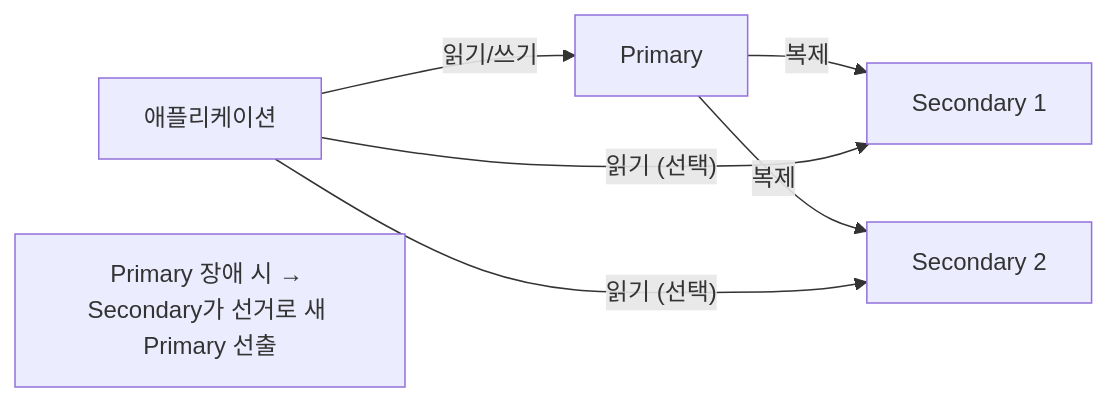
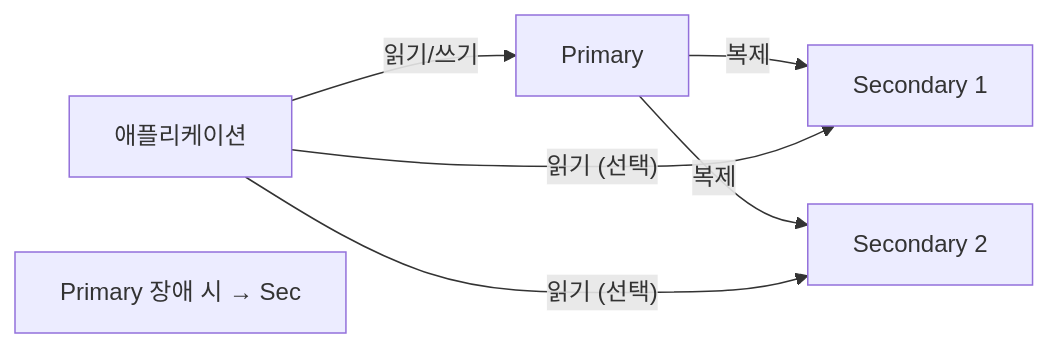
The fifth of 7 diagrams in _posts/nosql/2026-05-02-mongodb-deep.md (yjkim2015/yjkim2015.github.io), drawn with Mermaid before and after one commit. The commit also changed other lines of this file and 271 other files, not shown here.

First line of the commit message:
Mermaid 라벨 축소: 긴 노드 텍스트 18자 이하로 트림 + \n 제거

````diff
--- a/_posts/nosql/2026-05-02-mongodb-deep.md
+++ b/_posts/nosql/2026-05-02-mongodb-deep.md
@@ -273,9 +273,9 @@
 ```mermaid
 graph LR
     Client["애플리케이션"] -->|"읽기/쓰기"| P["Primary"]
     P -->|"복제"| S1["Secondary 1"]
     P -->|"복제"| S2["Secondary 2"]
     Client -->|"읽기 (선택)"| S1
     Client -->|"읽기 (선택)"| S2
-    Note["Primary 장애 시 → Secondary가 선거로 새 Primary 선출"]
+    Note["Primary 장애 시 → Sec"]
 ```
````
